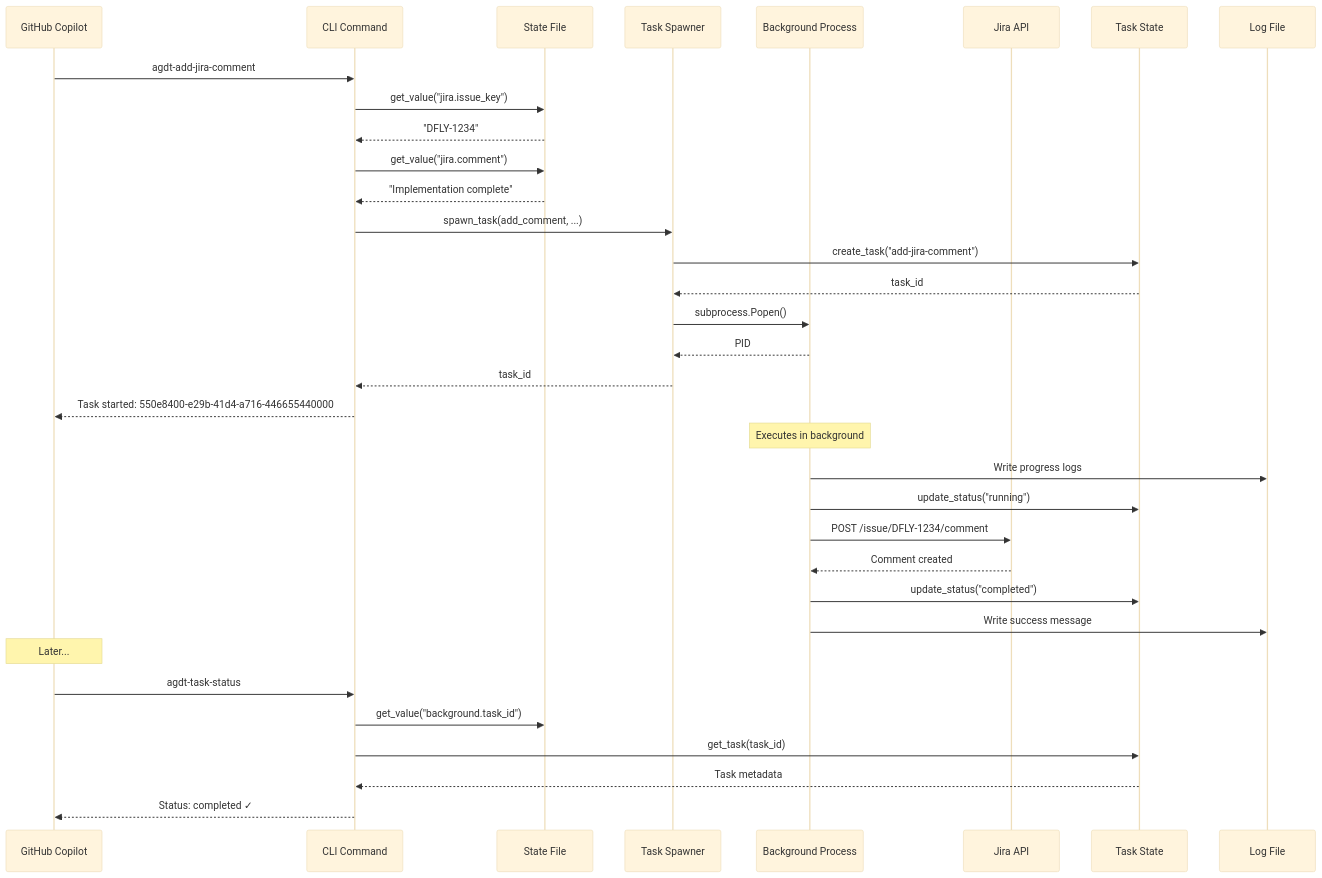
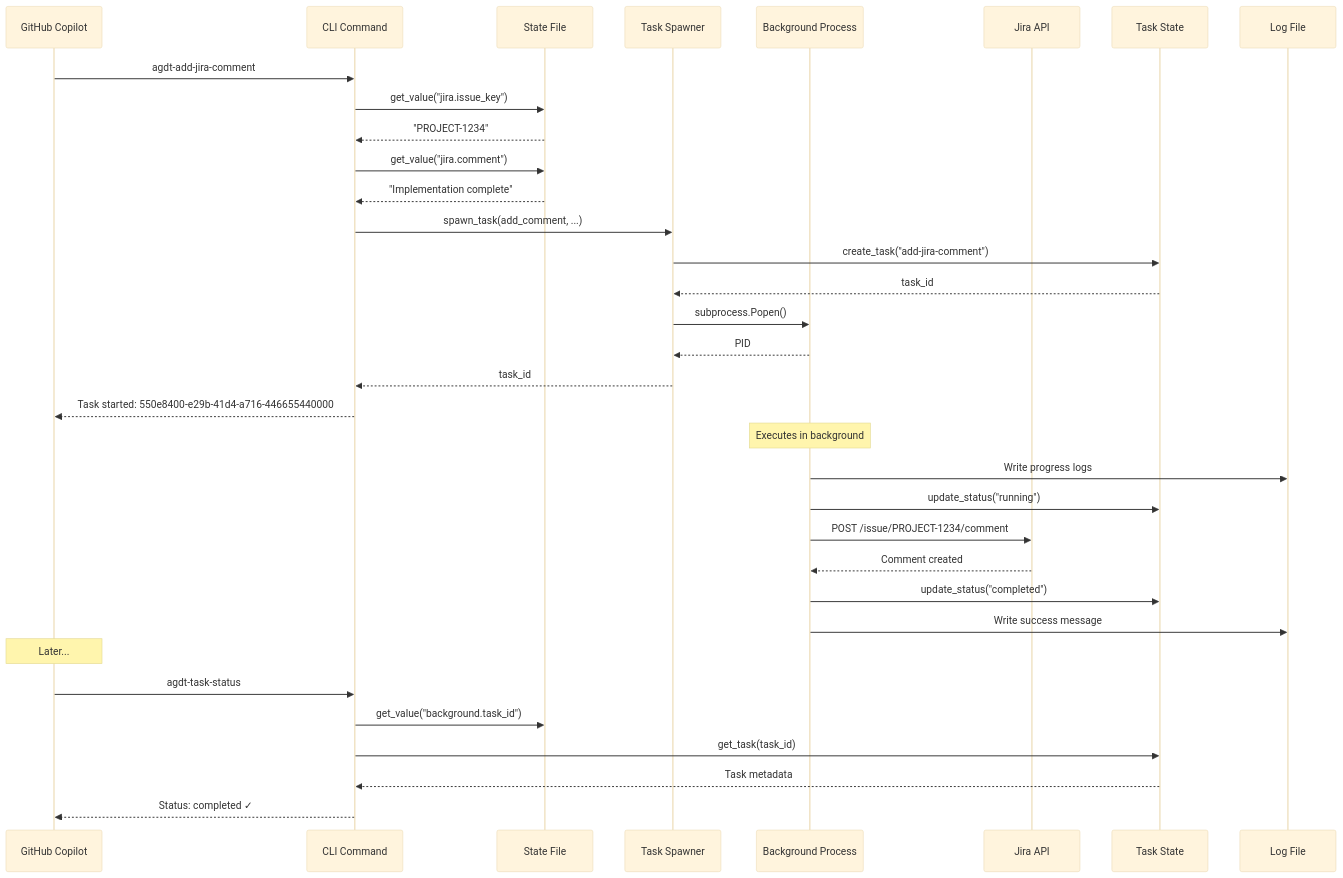
One commit to ayaiayorg/agentic-devtools changed the second of 7 diagrams in docs/06-runtime-view.md. Above: the diagram before and after it, drawn with Mermaid (base theme). The commit also changed other lines of this file and 201 other files, not shown here.

````diff
--- a/docs/06-runtime-view.md
+++ b/docs/06-runtime-view.md
@@ -77,42 +77,42 @@
 ```mermaid
 sequenceDiagram
     participant Copilot as GitHub Copilot
     participant CLI as CLI Command
     participant State as State File
     participant Spawner as Task Spawner
     participant Process as Background Process
     participant Jira as Jira API
     participant TaskState as Task State
     participant Log as Log File
     
     Copilot->>CLI: agdt-add-jira-comment
     CLI->>State: get_value("jira.issue_key")
-    State-->>CLI: "DFLY-1234"
+    State-->>CLI: "PROJECT-1234"
     CLI->>State: get_value("jira.comment")
     State-->>CLI: "Implementation complete"
     
     CLI->>Spawner: spawn_task(add_comment, ...)
     Spawner->>TaskState: create_task("add-jira-comment")
     TaskState-->>Spawner: task_id
     Spawner->>Process: subprocess.Popen()
     Process-->>Spawner: PID
     Spawner-->>CLI: task_id
     CLI-->>Copilot: Task started: 550e8400-e29b-41d4-a716-446655440000
     
     Note over Process: Executes in background
     
     Process->>Log: Write progress logs
     Process->>TaskState: update_status("running")
-    Process->>Jira: POST /issue/DFLY-1234/comment
+    Process->>Jira: POST /issue/PROJECT-1234/comment
     Jira-->>Process: Comment created
     Process->>TaskState: update_status("completed")
     Process->>Log: Write success message
     
     Note over Copilot: Later...
     
     Copilot->>CLI: agdt-task-status
     CLI->>State: get_value("background.task_id")
     CLI->>TaskState: get_task(task_id)
     TaskState-->>CLI: Task metadata
     CLI-->>Copilot: Status: completed ✓
 ```
````
